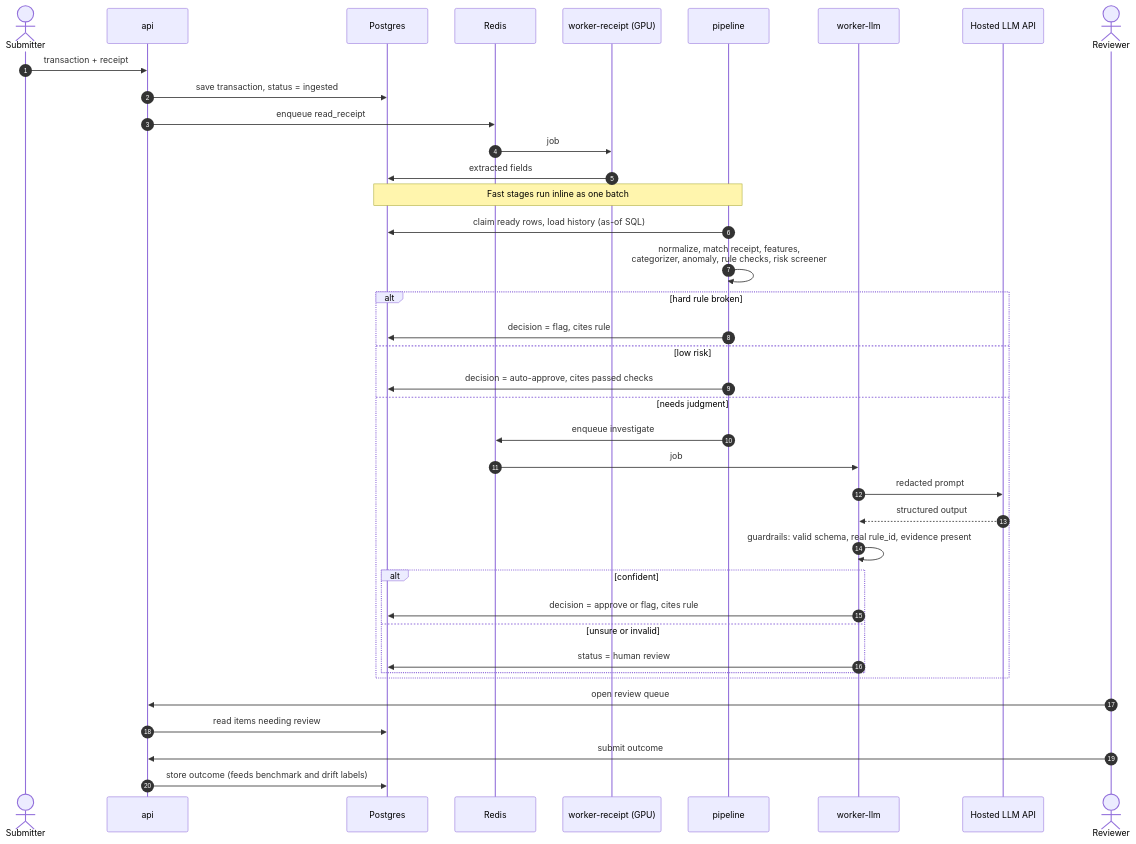
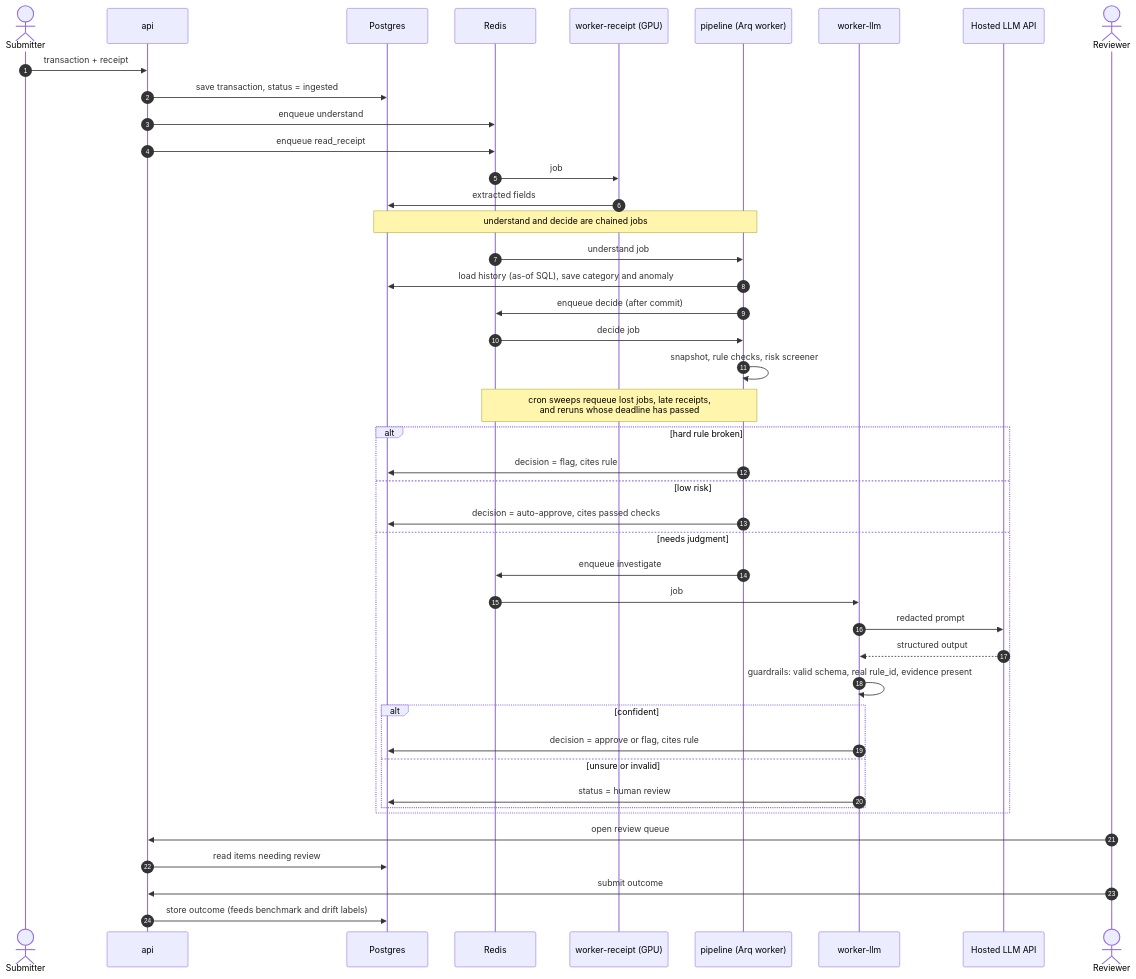
The fourth of 6 diagrams in docs/technology-architecture.md (JustinaChano04/Flag-It), drawn with Mermaid before and after one commit. The commit also changed other lines of this file and 8 other files, not shown here.

Commit message:
docs: orchestrator decisions and diagrams

````diff
--- a/docs/technology-architecture.md
+++ b/docs/technology-architecture.md
@@ -186,46 +188,51 @@
 ```mermaid
 %%{init: {"flowchart": {"useMaxWidth": false}, "themeVariables": {"fontSize": "12px"}}}%%
 sequenceDiagram
     autonumber
     actor U as Submitter
     participant API as api
     participant DB as Postgres
     participant Q as Redis
     participant RW as worker-receipt (GPU)
-    participant P as pipeline
+    participant P as pipeline (Arq worker)
     participant LW as worker-llm
     participant LLM as Hosted LLM API
     actor R as Reviewer
 
     U->>API: transaction + receipt
     API->>DB: save transaction, status = ingested
+    API->>Q: enqueue understand
     API->>Q: enqueue read_receipt
     Q->>RW: job
     RW->>DB: extracted fields
 
-    Note over P,DB: Fast stages run inline as one batch
-    P->>DB: claim ready rows, load history (as-of SQL)
-    P->>P: normalize, match receipt, features,<br/>categorizer, anomaly, rule checks, risk screener
+    Note over P,DB: understand and decide are chained jobs
+    Q->>P: understand job
+    P->>DB: load history (as-of SQL), save category and anomaly
+    P->>Q: enqueue decide (after commit)
+    Q->>P: decide job
+    P->>P: snapshot, rule checks, risk screener
+    Note over Q,P: cron sweeps requeue lost jobs, late receipts,<br/>and reruns whose deadline has passed
 
     alt hard rule broken
         P->>DB: decision = flag, cites rule
     else low risk
         P->>DB: decision = auto-approve, cites passed checks
     else needs judgment
         P->>Q: enqueue investigate
         Q->>LW: job
         LW->>LLM: redacted prompt
         LLM-->>LW: structured output
         LW->>LW: guardrails: valid schema, real rule_id, evidence present
         alt confident
             LW->>DB: decision = approve or flag, cites rule
         else unsure or invalid
             LW->>DB: status = human review
         end
     end
 
     R->>API: open review queue
     API->>DB: read items needing review
     R->>API: submit outcome
     API->>DB: store outcome (feeds benchmark and drift labels)
 ```
````
